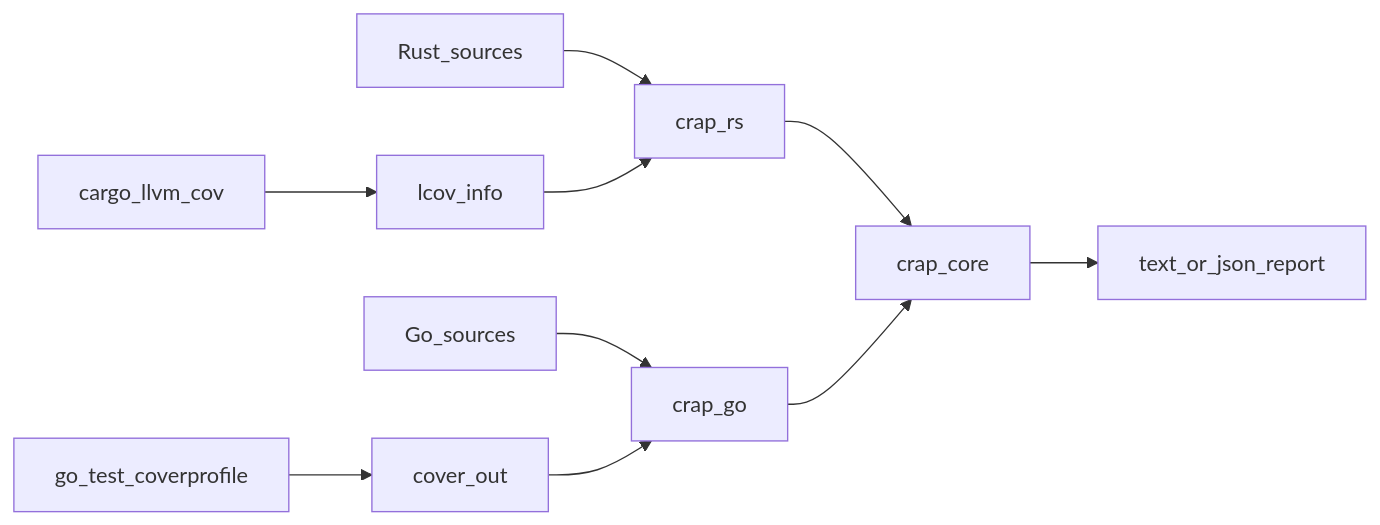
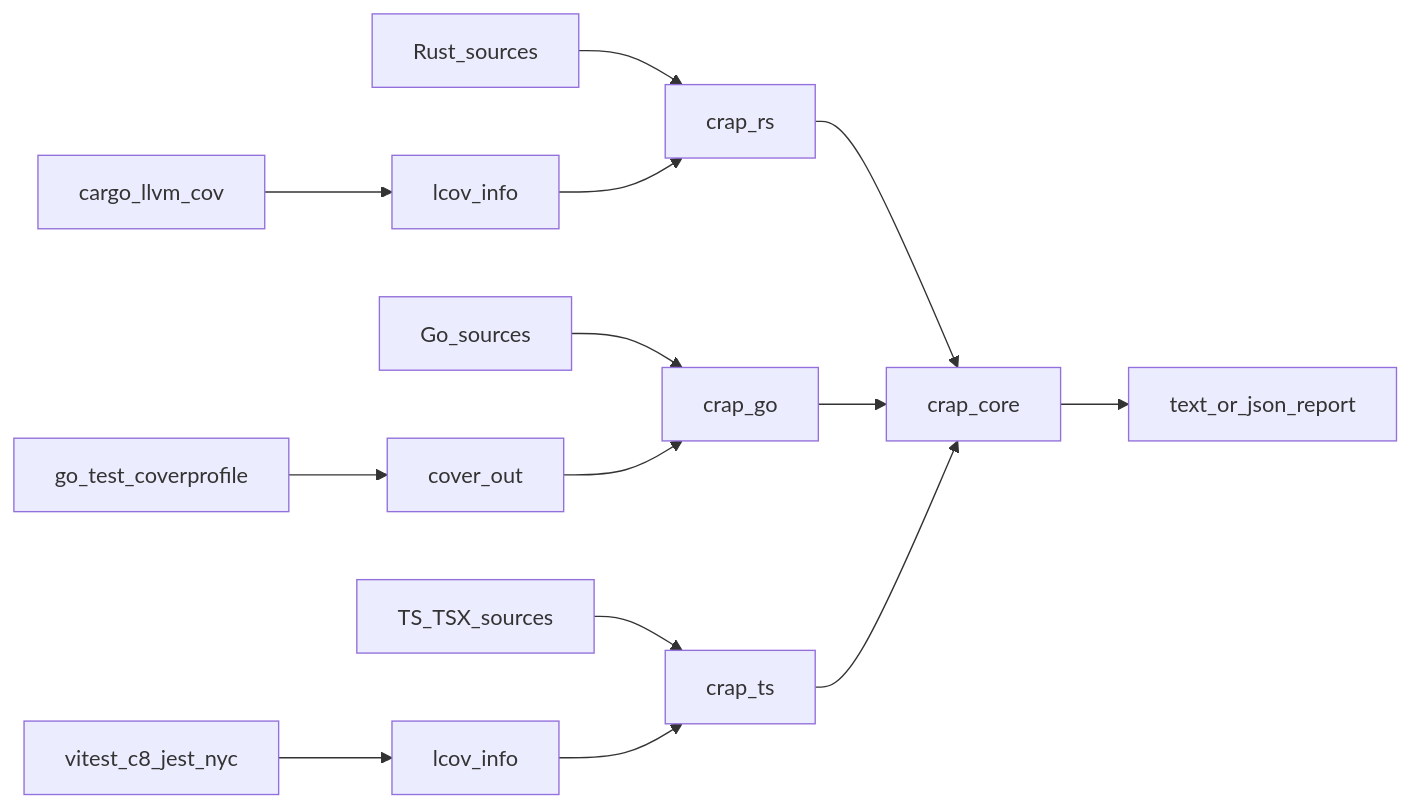
One commit to deangrant/crap-analyzer changed the first of 5 diagrams in .agents/docs/ARCHITECTURE.md. Above: the diagram before and after it, drawn with Mermaid. The commit also changed other lines of this file and 107 other files, not shown here.

````diff
--- a/.agents/docs/ARCHITECTURE.md
+++ b/.agents/docs/ARCHITECTURE.md
@@ -51,12 +54,16 @@
 ```mermaid
 flowchart LR
   llvmCov[cargo_llvm_cov] --> Lcov[lcov_info]
   SourcesRs[Rust_sources] --> CrapRs[crap_rs]
   Lcov --> CrapRs
   CrapRs --> Core[crap_core]
   goTest[go_test_coverprofile] --> CoverOut[cover_out]
   SourcesGo[Go_sources] --> CrapGo[crap_go]
   CoverOut --> CrapGo
   CrapGo --> Core
+  jsCov[vitest_c8_jest_nyc] --> LcovTs[lcov_info]
+  SourcesTs[TS_TSX_sources] --> CrapTs[crap_ts]
+  LcovTs --> CrapTs
+  CrapTs --> Core
   Core --> Report[text_or_json_report]
 ```
````
